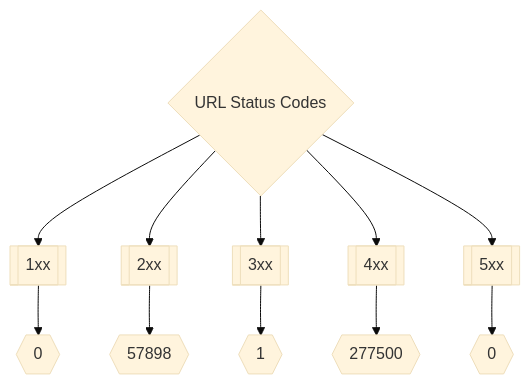
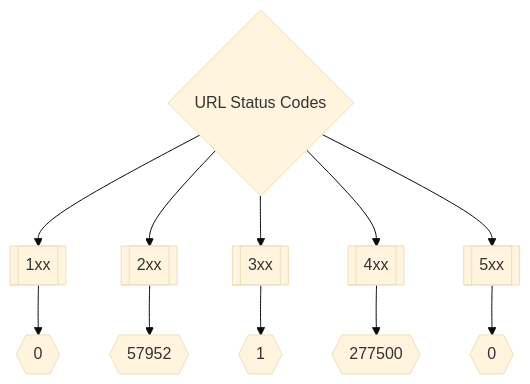
One commit to trickest/inventory changed the second of 3 diagrams in README.md. Above: the diagram before and after it, drawn with Mermaid (base theme). The commit also changed other lines of this file, not shown here.

````diff
--- a/README.md
+++ b/README.md
@@ -173,8 +173,8 @@
 ```mermaid
 graph TD
 title{URL Status Codes} --> 1xx[[1xx]] --> status1xxNum{{0}}
-title --> 2xx[[2xx]] --> status2xxNum{{57898}}
+title --> 2xx[[2xx]] --> status2xxNum{{57952}}
 title --> 3xx[[3xx]] --> status3xxNum{{1}}
 title --> 4xx[[4xx]] --> status4xxNum{{277500}}
 title --> 5xx[[5xx]] --> status5xxNum{{0}}
 ```
````
